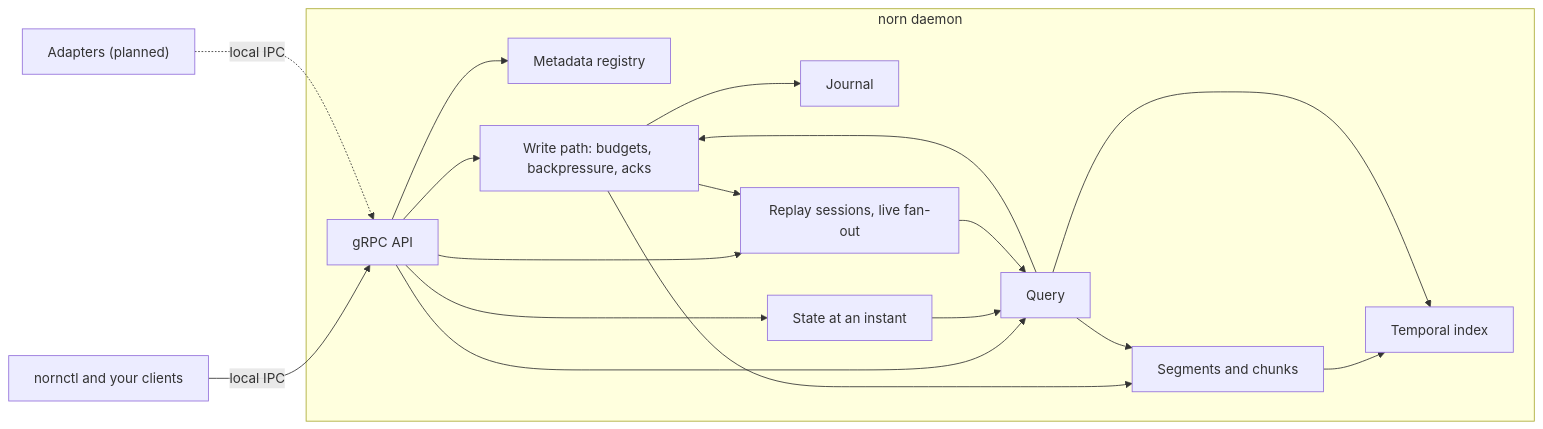
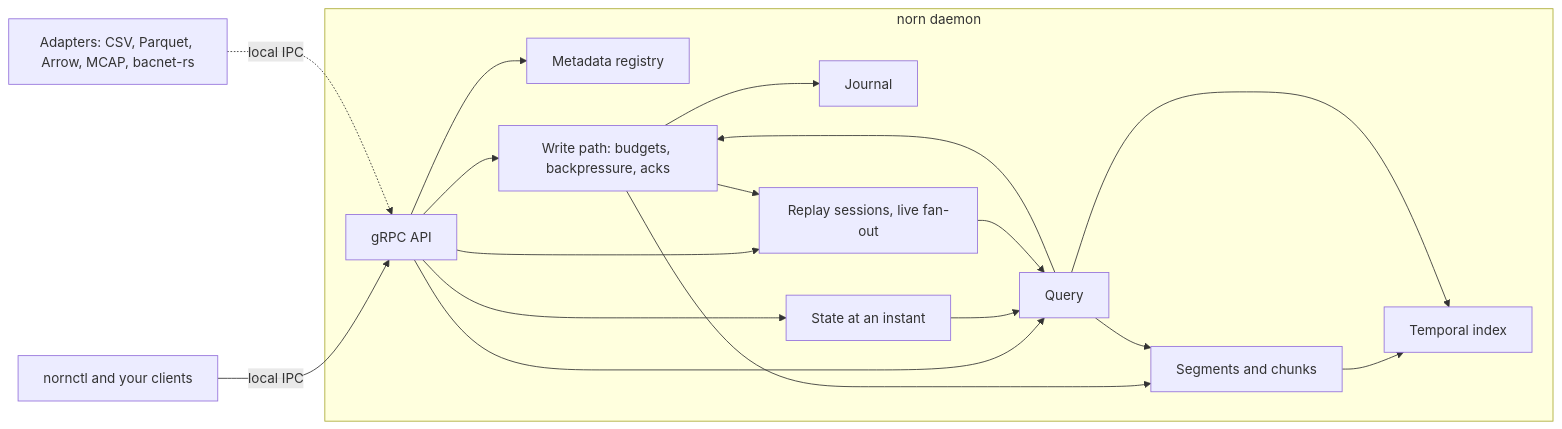
Before and after one commit to oh-tarnished/norn: the diagram in README.md, drawn with Mermaid. The commit also changed other lines of this file and 232 other files, not shown here.

````diff
--- a/README.md
+++ b/README.md
@@ -66,34 +71,34 @@
 ```mermaid
 flowchart LR
     client["nornctl and your clients"]
-    adapters["Adapters (planned)"]
+    adapters["Adapters: CSV, Parquet, Arrow, MCAP, bacnet-rs"]
 
     subgraph daemon["norn daemon"]
         grpc["gRPC API"]
         meta["Metadata registry"]
         ingest["Write path: budgets, backpressure, acks"]
         journal["Journal"]
         storage["Segments and chunks"]
         index["Temporal index"]
         query["Query"]
         state["State at an instant"]
         replay["Replay sessions, live fan-out"]
     end
 
     client -- "local IPC" --> grpc
     adapters -. "local IPC" .-> grpc
     grpc --> meta
     grpc --> ingest
     ingest --> journal
     ingest --> storage
     storage --> index
     grpc --> query
     query --> ingest
     query --> index
     query --> storage
     grpc --> state
     state --> query
     grpc --> replay
     replay --> query
     ingest --> replay
 ```
````
